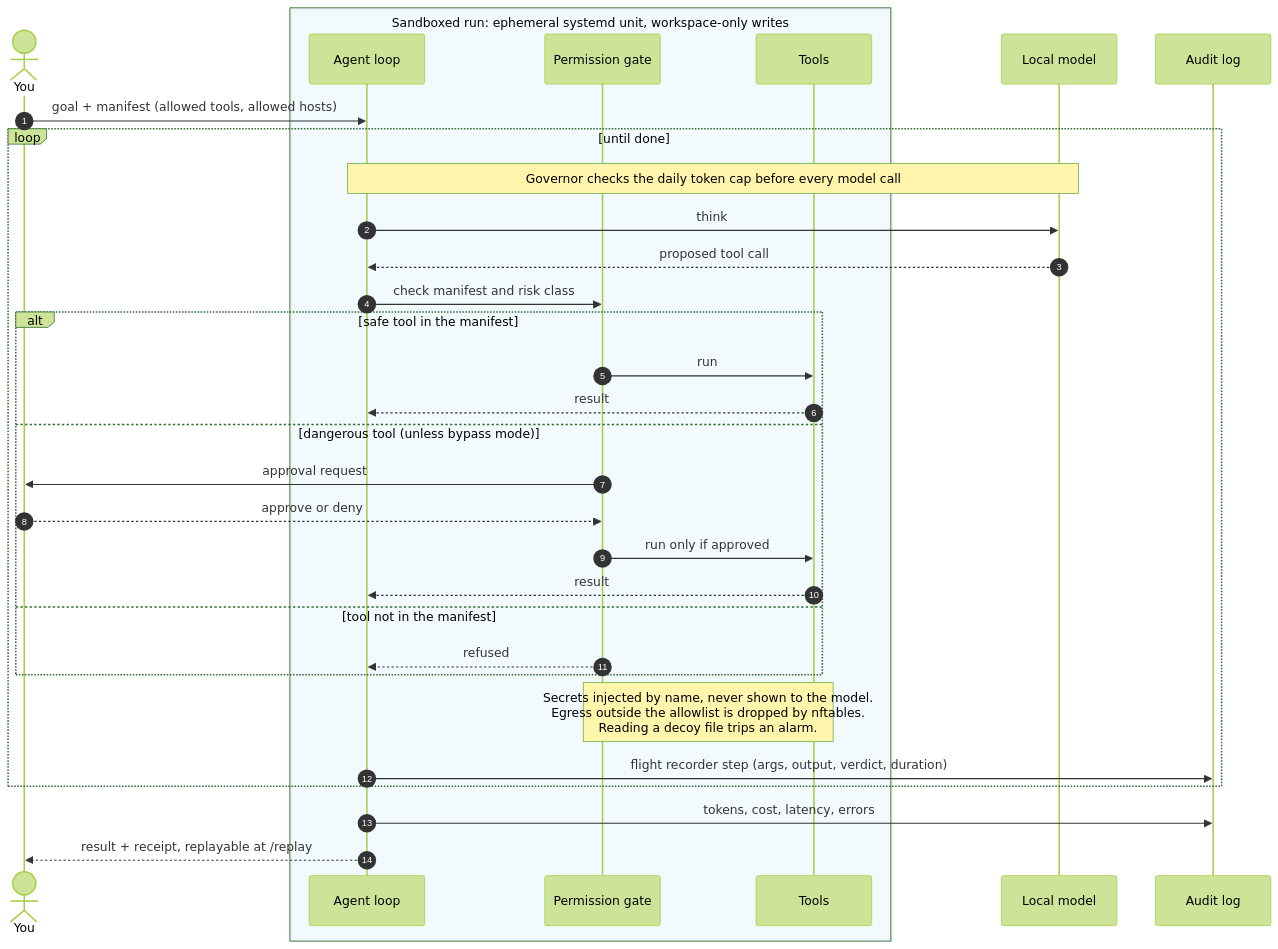
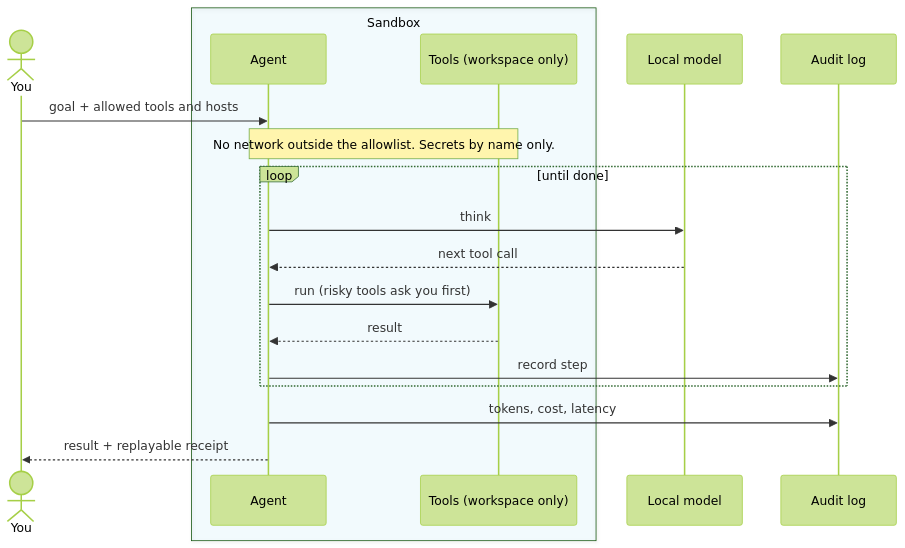
The second of 2 diagrams in README.md (EricFinland/hearth), drawn with Mermaid (forest theme) before and after one commit.

Commit message:
docs(readme): simplify the run diagram back to one clear loop

````diff
--- a/README.md
+++ b/README.md
@@ -75,35 +75,22 @@
 ```mermaid
 sequenceDiagram
-  autonumber
   actor You
-  box rgba(95,208,255,0.07) Sandboxed run: ephemeral systemd unit, workspace-only writes
-    participant Agent as Agent loop
-    participant Gate as Permission gate
-    participant Tools as Tools
+  box rgba(95,208,255,0.07) Sandbox
+    participant Agent
+    participant Tools as Tools (workspace only)
   end
   participant Model as Local model
   participant Audit as Audit log
 
-  You->>Agent: goal + manifest (allowed tools, allowed hosts)
+  You->>Agent: goal + allowed tools and hosts
+  Note over Agent,Tools: No network outside the allowlist. Secrets by name only.
   loop until done
-    Note over Agent,Model: Governor checks the daily token cap before every model call
     Agent->>Model: think
-    Model-->>Agent: proposed tool call
-    Agent->>Gate: check manifest and risk class
-    alt safe tool in the manifest
-      Gate->>Tools: run
-      Tools-->>Agent: result
-    else dangerous tool (unless bypass mode)
-      Gate->>You: approval request
-      You-->>Gate: approve or deny
-      Gate->>Tools: run only if approved
-      Tools-->>Agent: result
-    else tool not in the manifest
-      Gate-->>Agent: refused
-    end
-    Note over Gate,Tools: Secrets injected by name, never shown to the model.<br/>Egress outside the allowlist is dropped by nftables.<br/>Reading a decoy file trips an alarm.
-    Agent->>Audit: flight recorder step (args, output, verdict, duration)
+    Model-->>Agent: next tool call
+    Agent->>Tools: run (risky tools ask you first)
+    Tools-->>Agent: result
+    Agent->>Audit: record step
   end
-  Agent->>Audit: tokens, cost, latency, errors
-  Agent-->>You: result + receipt, replayable at /replay
+  Agent->>Audit: tokens, cost, latency
+  Agent-->>You: result + replayable receipt
 ```
````
